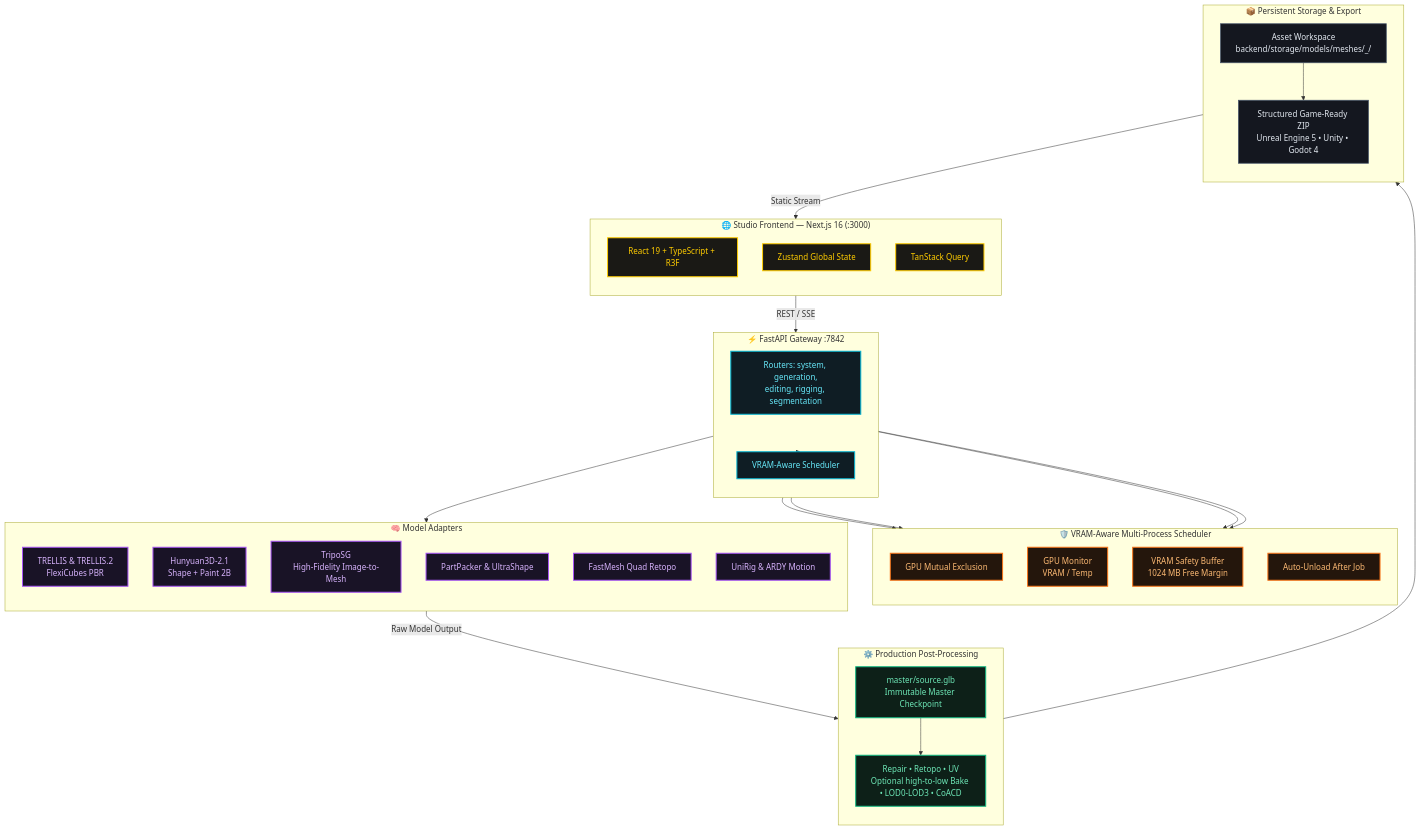
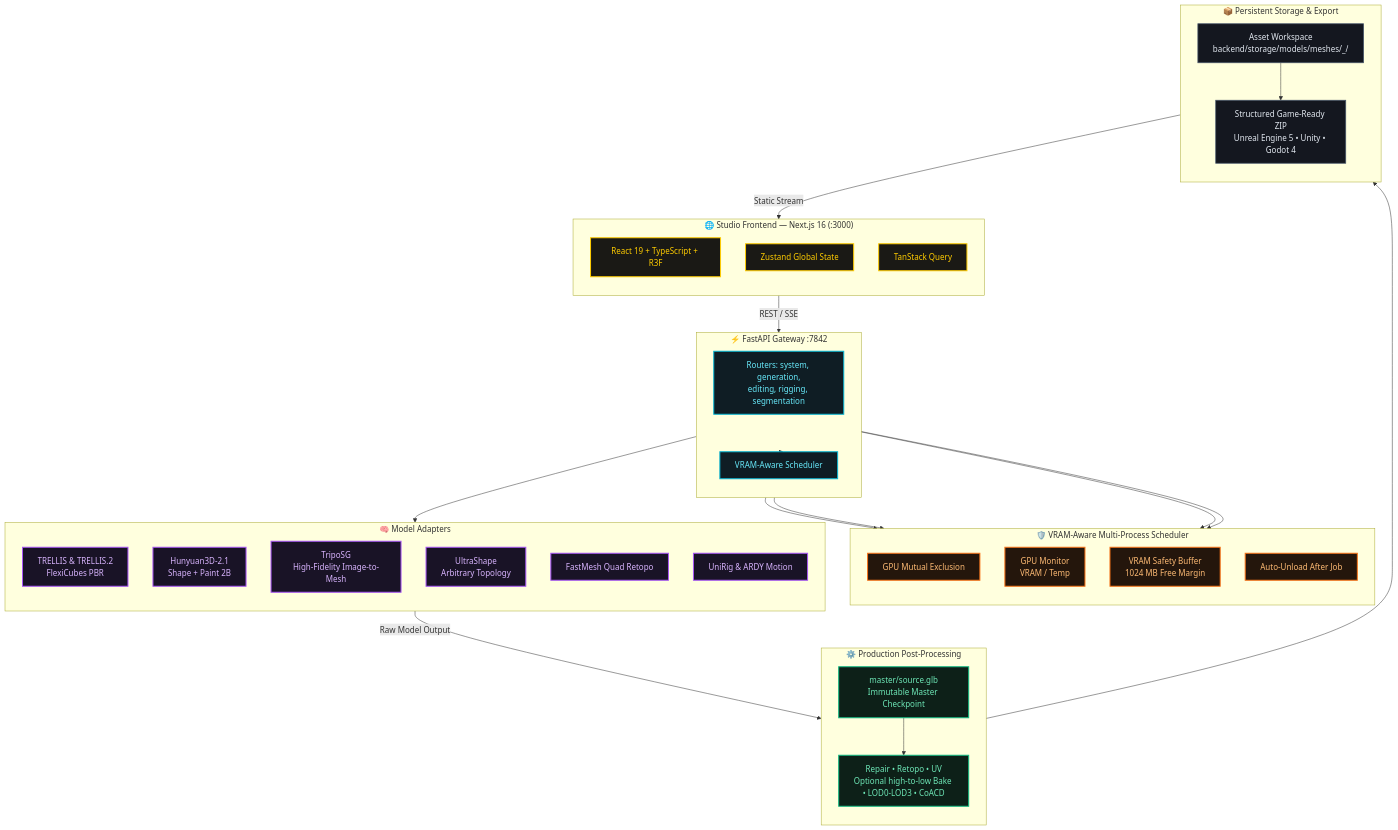
The first of 3 diagrams in Docs/SYSTEM-BLUEPRINT.md (Silentzx2/ForMash3D), drawn with Mermaid before and after one commit. The commit also changed other lines of this file and 96 other files, not shown here.

````diff
--- a/Docs/SYSTEM-BLUEPRINT.md
+++ b/Docs/SYSTEM-BLUEPRINT.md
@@ -38,65 +38,65 @@
 ```mermaid
 graph TD
     classDef gold fill:#1a1915,stroke:#ffcc00,stroke-width:2px,color:#ffcc00;
     classDef cyan fill:#0f1d24,stroke:#06b6d4,stroke-width:2px,color:#67e8f9;
     classDef purple fill:#191326,stroke:#a855f7,stroke-width:2px,color:#d8b4fe;
     classDef green fill:#0d2018,stroke:#10b981,stroke-width:2px,color:#6ee7b7;
     classDef orange fill:#24160c,stroke:#f97316,stroke-width:2px,color:#fdba74;
     classDef slate fill:#14171f,stroke:#475569,stroke-width:1.5px,color:#e2e8f0;
 
     subgraph Client["🌐 Studio Frontend — Next.js 16 (:3000)"]
         direction TB
         UI["React 19 + TypeScript + R3F"]:::gold
         STATE["Zustand Global State"]:::gold
         QUERY["TanStack Query"]:::gold
     end
 
     subgraph Gateway["⚡ FastAPI Gateway :7842"]
         direction TB
         API["Routers: system, generation,<br/>editing, rigging, segmentation"]:::cyan
         SCHED["VRAM-Aware Scheduler"]:::cyan
     end
 
     subgraph S["🛡️ VRAM-Aware Multi-Process Scheduler"]
         direction TB
         GPU_LOCK["GPU Mutual Exclusion"]:::orange
         MONITOR["GPU Monitor<br/>VRAM / Temp"]:::orange
         SAFETY["VRAM Safety Buffer<br/>1024 MB Free Margin"]:::orange
         AUTO_UNLOAD["Auto-Unload After Job"]:::orange
     end
 
     subgraph Adapters["🧠 Model Adapters"]
         direction TB
         TRELLIS["TRELLIS & TRELLIS.2<br/>FlexiCubes PBR"]:::purple
         HUNY["Hunyuan3D-2.1<br/>Shape + Paint 2B"]:::purple
         TRIPO["TripoSG<br/>High-Fidelity Image-to-Mesh"]:::purple
-        PP["PartPacker & UltraShape"]:::purple
+        US["UltraShape<br/>Arbitrary Topology"]:::purple
         FM["FastMesh Quad Retopo"]:::purple
         UR["UniRig & ARDY Motion"]:::purple
     end
 
     subgraph PostProcess["⚙️ Production Post-Processing"]
         direction TB
         CHECK["master/source.glb<br/>Immutable Master Checkpoint"]:::green
         FINISH["Repair • Retopo • UV<br/>Optional high-to-low Bake • LOD0-LOD3 • CoACD"]:::green
     end
 
     subgraph Storage["📦 Persistent Storage & Export"]
         direction TB
         LOCAL["Asset Workspace<br/>backend/storage/models/meshes/<asset>_<job_id>/"]:::slate
         ZIP["Structured Game-Ready ZIP<br/>Unreal Engine 5 • Unity • Godot 4"]:::slate
     end
 
     Client -- "REST / SSE" --> Gateway
     Gateway --> SCHED
     SCHED --> GPU_LOCK
     SCHED --> MONITOR
     SCHED --> SAFETY
     SCHED --> AUTO_UNLOAD
     SCHED --> Adapters
     Adapters -->|Raw Model Output| CHECK
     CHECK --> FINISH
     FINISH --> LOCAL
     LOCAL --> ZIP
     LOCAL -- "Static Stream" --> Client
 ```
````
